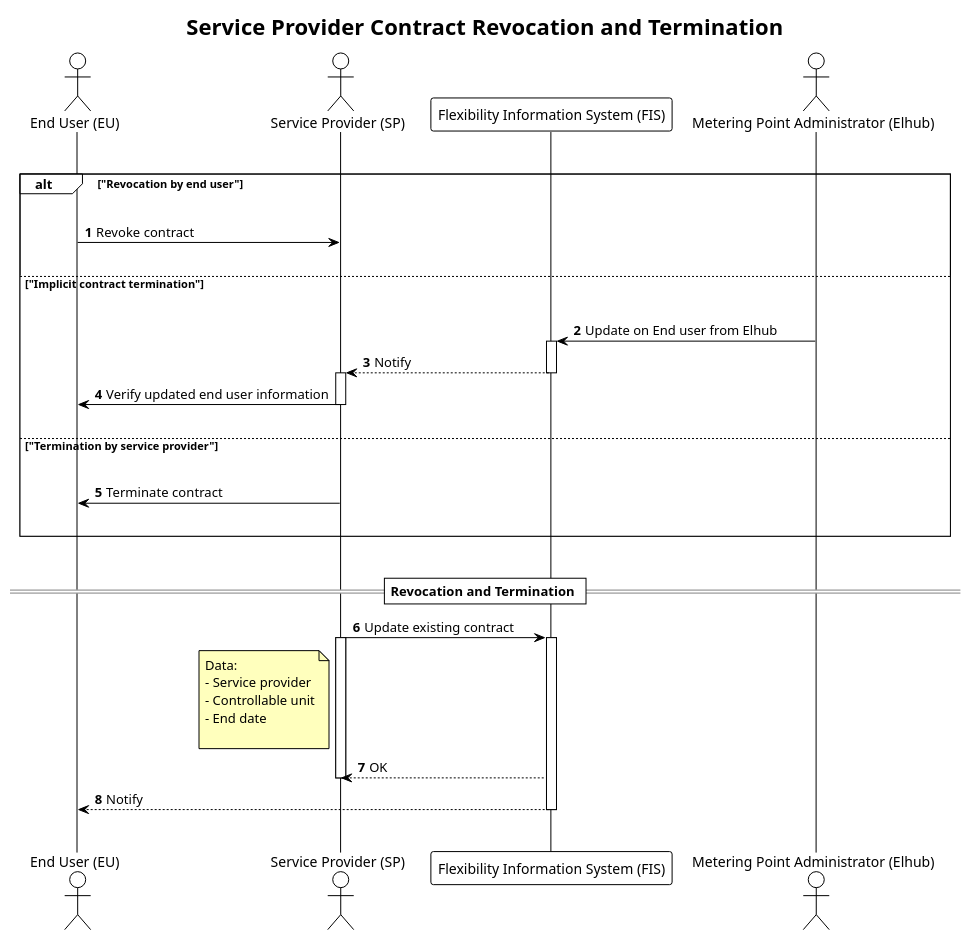
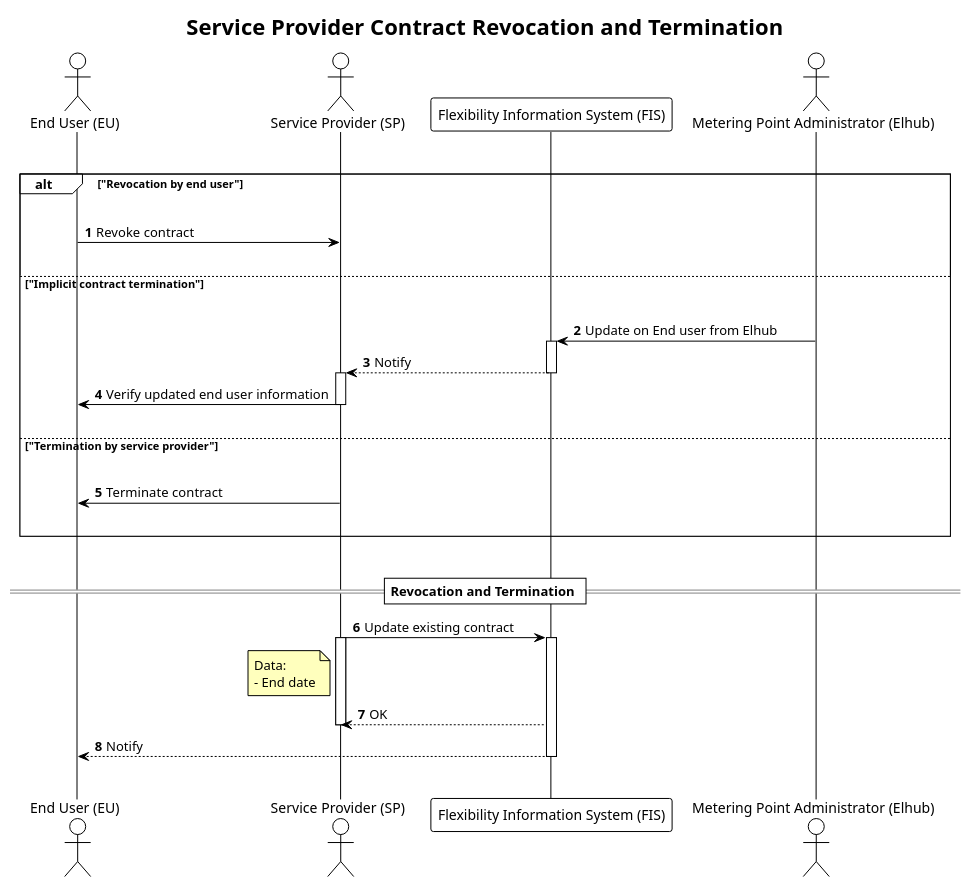
Before and after one commit to elhub/flex-information-system: the diagram in docs/diagrams/revocation.plantuml, drawn with PlantUML. The commit also changed 1 other file, not shown here.

```diff
--- a/docs/diagrams/revocation.plantuml
+++ b/docs/diagrams/revocation.plantuml
@@ -1,57 +1,54 @@
 @startuml revocation
 !theme plain
 
 title Service Provider Contract Revocation and Termination 
 
 autonumber
 skinparam note {
     BackgroundColor #FFFFBD
 }
 
 actor "End User (EU)" AS EU
 actor "Service Provider (SP)" as SP
 participant "Flexibility Information System (FIS)" as FIS
 actor "Metering Point Administrator (Elhub)" as Elhub
 
 |||
     
 alt "Revocation by end user"
     |||
     EU -> SP: Revoke contract
     |||
 else "Implicit contract termination"
     |||
     Elhub -> FIS: Update on End user from Elhub
     activate FIS
     FIS --> SP: Notify 
     deactivate FIS
     activate SP
     SP -> EU: Verify updated end user information
     deactivate SP 
     |||    
 else "Termination by service provider"
     |||
     SP -> EU: Terminate contract
     |||
 end
     |||
 
 == Revocation and Termination ==
 
 SP -> FIS: Update existing contract
 activate SP
 note left SP
     Data:
-    - Service provider
-    - Controllable unit
     - End date
-
 end note
 activate FIS
 FIS --> SP: OK
 deactivate SP
 FIS --> EU: Notify
 deactivate FIS
 
 |||
 @enduml
```
